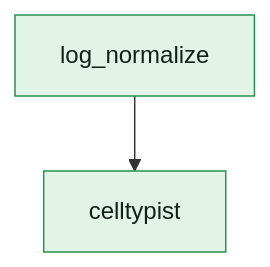
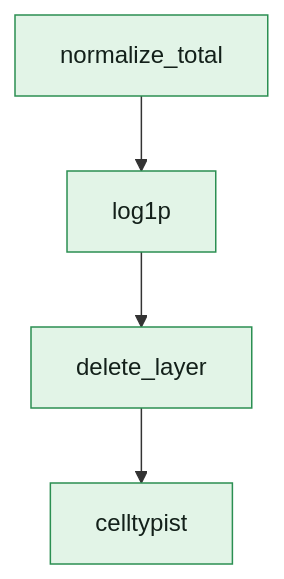
Before and after one commit to openpipelines-bio/openpipeline_docs: the diagram in reference/openpipeline/v4.2.0/workflows/annotation/celltypist.qmd, drawn with Mermaid. The commit also changed 40 other files, not shown here.

````diff
--- a/reference/openpipeline/v4.2.0/workflows/annotation/celltypist.qmd
+++ b/reference/openpipeline/v4.2.0/workflows/annotation/celltypist.qmd
@@ -140,8 +140,14 @@
 ```{mermaid}
 flowchart TB
-    c_celltypist["celltypist"]
-    c_log_normalize["log_normalize"]
-    c_log_normalize --> c_celltypist
-    style c_celltypist fill:#e2f4e7,stroke:#2b8f52,color:#13201a
-    style c_log_normalize fill:#e2f4e7,stroke:#2b8f52,color:#13201a
+    c_annotate_celltypist["celltypist"]
+    c_transform_delete_layer["delete_layer"]
+    c_transform_log1p["log1p"]
+    c_transform_normalize_total["normalize_total"]
+    c_transform_delete_layer --> c_annotate_celltypist
+    c_transform_log1p --> c_transform_delete_layer
+    c_transform_normalize_total --> c_transform_log1p
+    style c_annotate_celltypist fill:#e2f4e7,stroke:#2b8f52,color:#13201a
+    style c_transform_delete_layer fill:#e2f4e7,stroke:#2b8f52,color:#13201a
+    style c_transform_log1p fill:#e2f4e7,stroke:#2b8f52,color:#13201a
+    style c_transform_normalize_total fill:#e2f4e7,stroke:#2b8f52,color:#13201a
 ```
````
